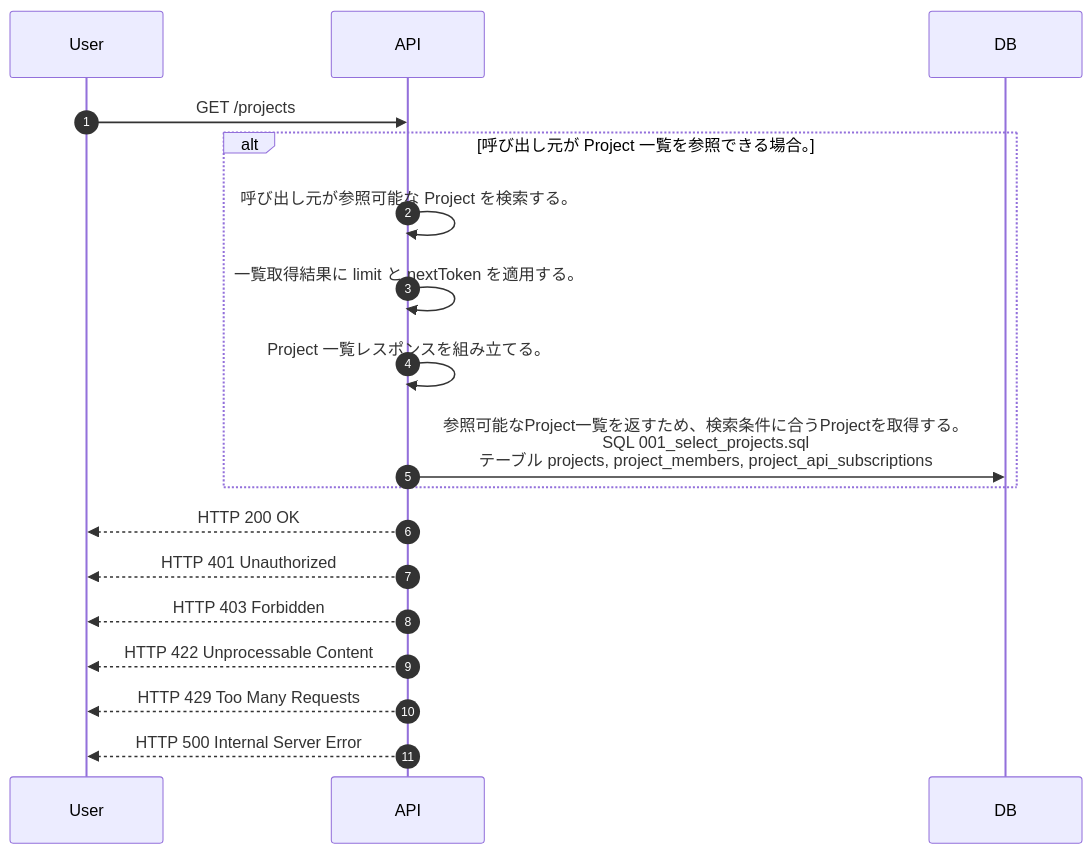
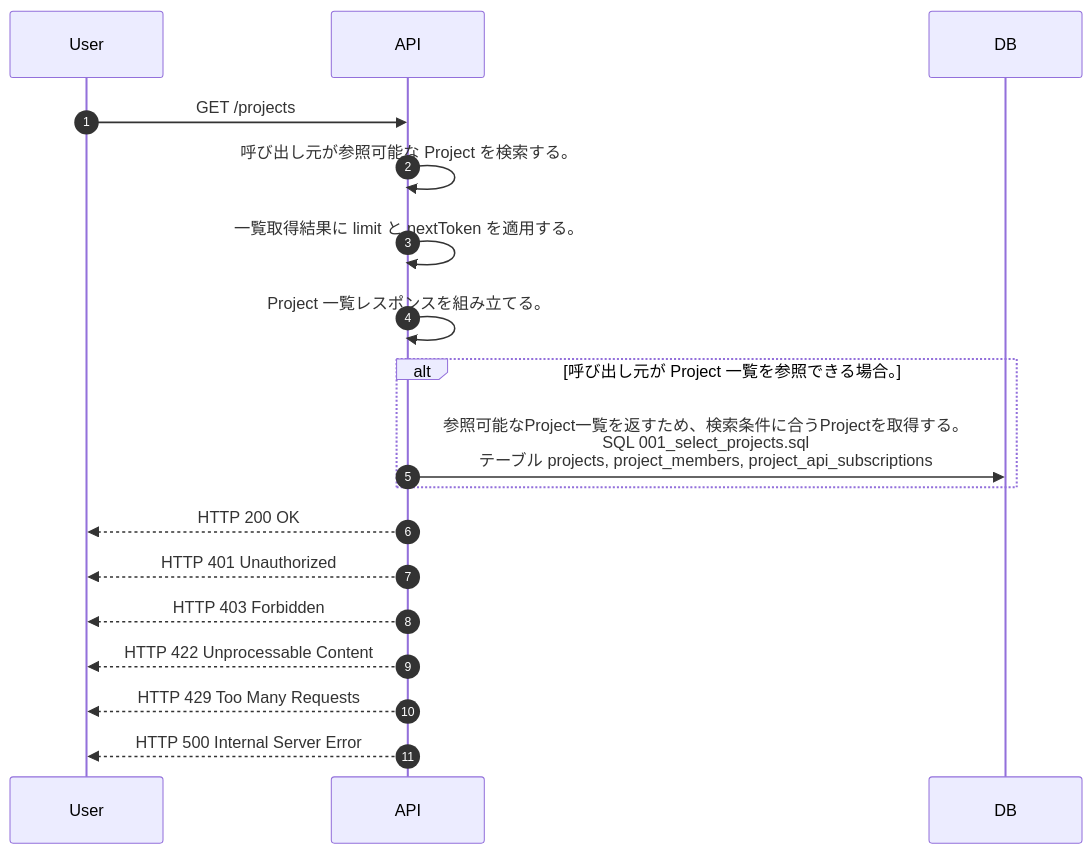
Before and after one commit to tsuji-tomonori/lazunex: the diagram in docs/spec/40.apis/projects/list_projects/sequence_gen.md, drawn with Mermaid. The commit also changed 13 other files, not shown here.

````diff
--- a/docs/spec/40.apis/projects/list_projects/sequence_gen.md
+++ b/docs/spec/40.apis/projects/list_projects/sequence_gen.md
@@ -5,20 +5,20 @@
 ```mermaid
 sequenceDiagram
   autonumber
   participant User as User
   participant API as API
   participant DB as DB
   User->>API: GET /projects
+  API->>API: 呼び出し元が参照可能な Project を検索する。
+  API->>API: 一覧取得結果に limit と nextToken を適用する。
+  API->>API: Project 一覧レスポンスを組み立てる。
   alt 呼び出し元が Project 一覧を参照できる場合。
-    API->>API: 呼び出し元が参照可能な Project を検索する。
-    API->>API: 一覧取得結果に limit と nextToken を適用する。
-    API->>API: Project 一覧レスポンスを組み立てる。
     API->>DB: 参照可能なProject一覧を返すため、検索条件に合うProjectを取得する。<br/>SQL 001_select_projects.sql<br/>テーブル projects, project_members, project_api_subscriptions
   end
   API-->>User: HTTP 200 OK
   API-->>User: HTTP 401 Unauthorized
   API-->>User: HTTP 403 Forbidden
   API-->>User: HTTP 422 Unprocessable Content
   API-->>User: HTTP 429 Too Many Requests
   API-->>User: HTTP 500 Internal Server Error
 ```
````
